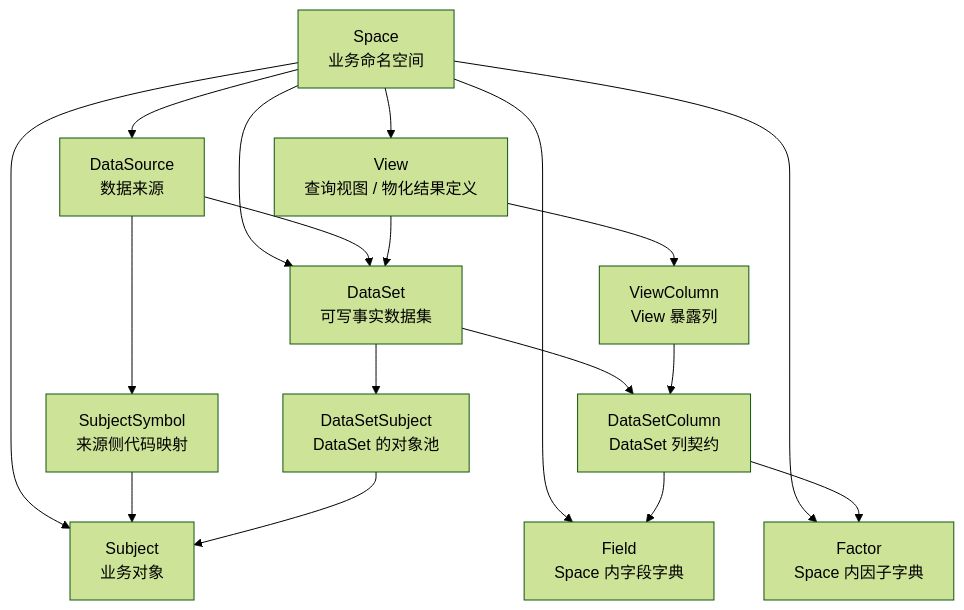
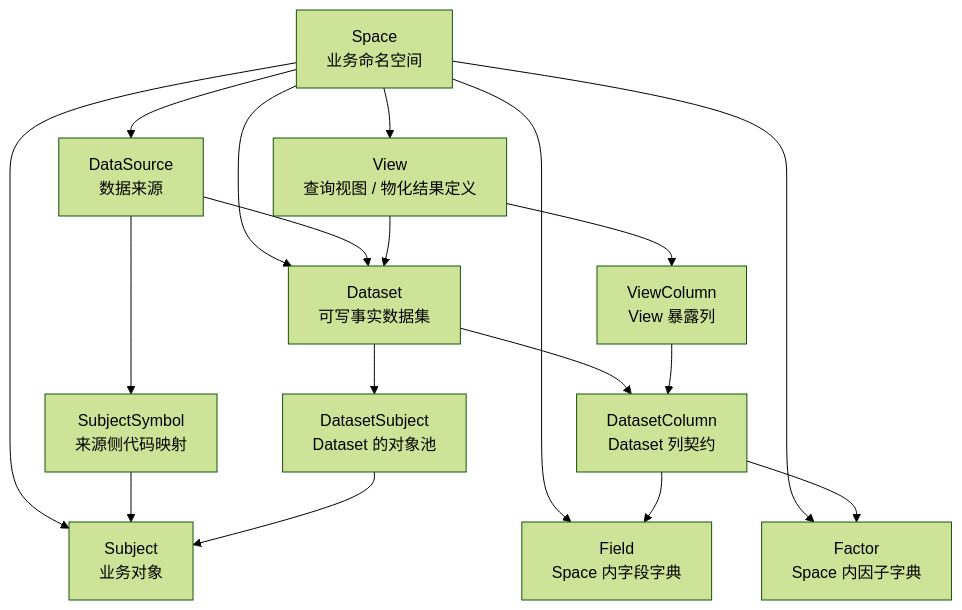
The diagram in docs/storage-concepts-and-design-intent.md (mooyang-code/moox), drawn with Mermaid (forest theme) before and after one commit. The commit also changed other lines of this file and 147 other files, not shown here.

````diff
--- a/docs/storage-concepts-and-design-intent.md
+++ b/docs/storage-concepts-and-design-intent.md
@@ -31,34 +31,34 @@
 ```mermaid
 flowchart TD
     SP["Space<br/>业务命名空间"]
     SRC["DataSource<br/>数据来源"]
     SUB["Subject<br/>业务对象"]
     ALIAS["SubjectSymbol<br/>来源侧代码映射"]
-    DS["DataSet<br/>可写事实数据集"]
-    DSS["DataSetSubject<br/>DataSet 的对象池"]
+    DS["Dataset<br/>可写事实数据集"]
+    DSS["DatasetSubject<br/>Dataset 的对象池"]
     FIELD["Field<br/>Space 内字段字典"]
     FACTOR["Factor<br/>Space 内因子字典"]
-    DSC["DataSetColumn<br/>DataSet 列契约"]
+    DSC["DatasetColumn<br/>Dataset 列契约"]
     VIEW["View<br/>查询视图 / 物化结果定义"]
     VC["ViewColumn<br/>View 暴露列"]
 
     SP --> SRC
     SP --> SUB
     SP --> FIELD
     SP --> FACTOR
     SP --> DS
     SP --> VIEW
 
     SRC --> DS
     SRC --> ALIAS
     ALIAS --> SUB
 
     DS --> DSS --> SUB
     DS --> DSC
     DSC --> FIELD
     DSC --> FACTOR
 
     VIEW --> DS
     VIEW --> VC
     VC --> DSC
 ```
````
